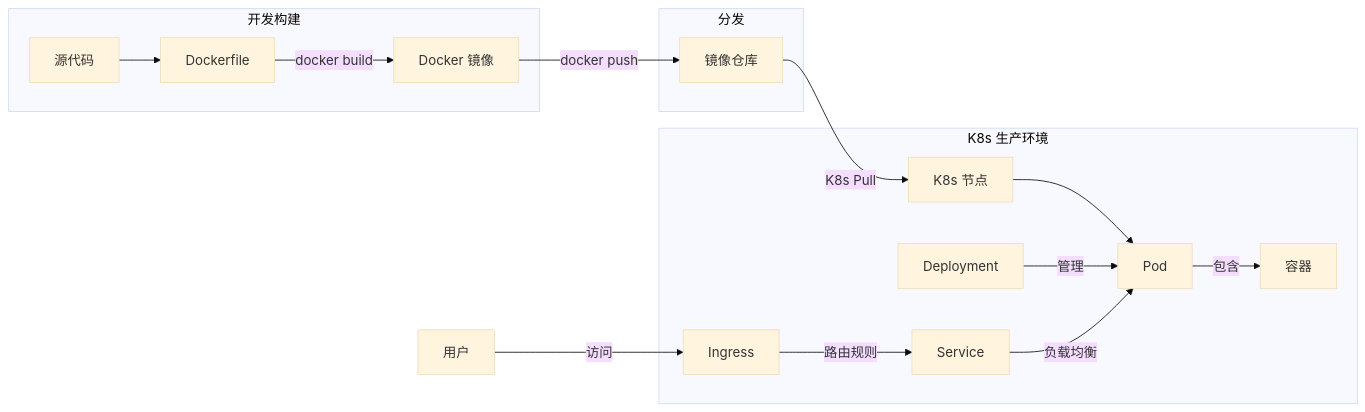
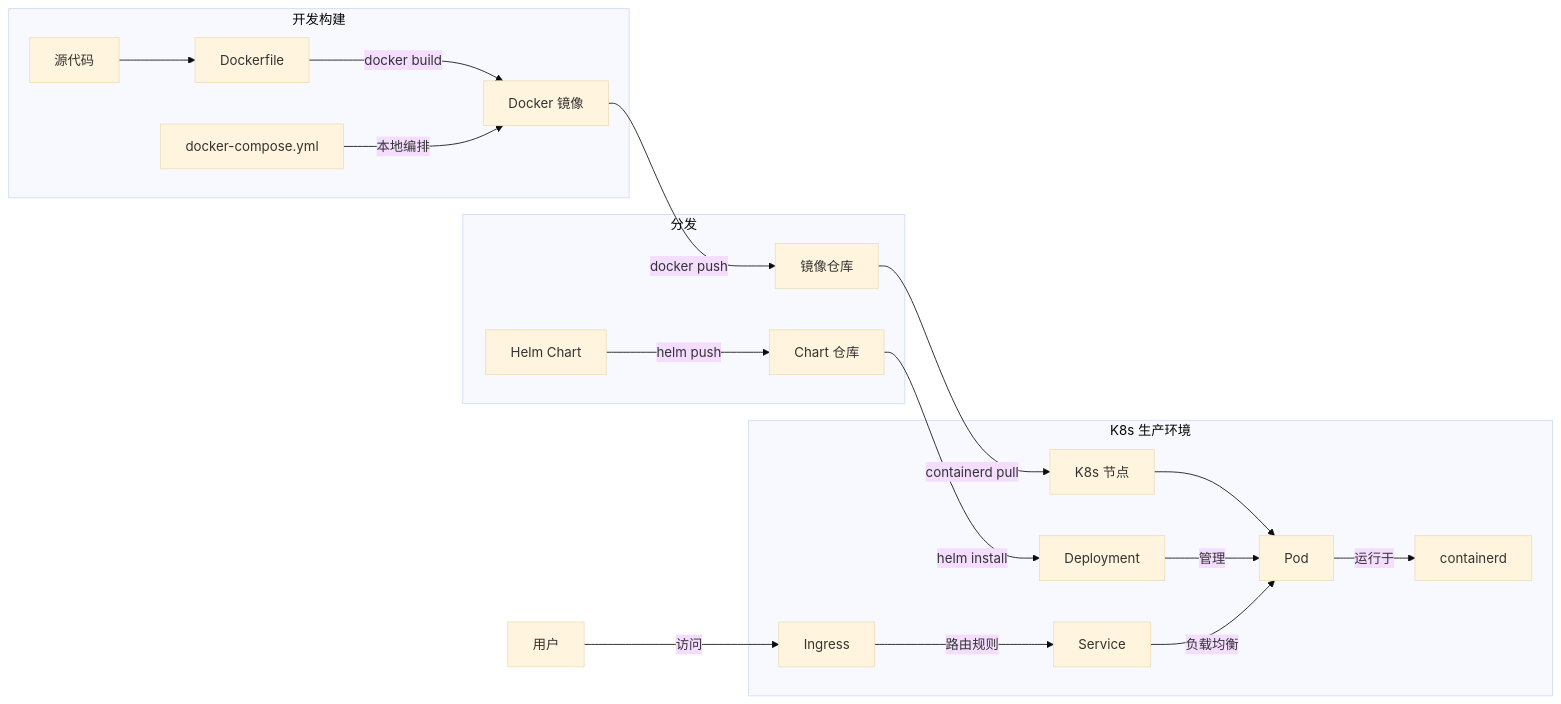
Before and after one commit to hanwei808/ai-product-production-guide: the diagram in docker-kubernetes-guide.md, drawn with Mermaid (base theme). The commit also changed other lines of this file and 7 other files, not shown here.

````diff
--- a/docker-kubernetes-guide.md
+++ b/docker-kubernetes-guide.md
@@ -5,23 +8,27 @@
 ```mermaid
 graph LR
     subgraph Dev [开发构建]
         Code[源代码] --> Dockerfile
         Dockerfile -->|docker build| Image[Docker 镜像]
+        Compose[docker-compose.yml] -->|本地编排| Image
     end
 
     subgraph Dist [分发]
         Image -->|docker push| Registry[镜像仓库]
+        Chart[Helm Chart] -->|helm push| ChartRepo[Chart 仓库]
     end
 
     subgraph Run [K8s 生产环境]
-        Registry -->|K8s Pull| Node[K8s 节点]
+        Registry -->|containerd pull| Node[K8s 节点]
+        ChartRepo -->|helm install| Deployment
+
         Node --> Pod[Pod]
-        Pod -->|包含| Container[容器]
+        Pod -->|运行于| Containerd[containerd]
 
         Deployment -->|管理| Pod
         Service -->|负载均衡| Pod
         Ingress -->|路由规则| Service
     end
 
     User[用户] -->|访问| Ingress
 ```
````
